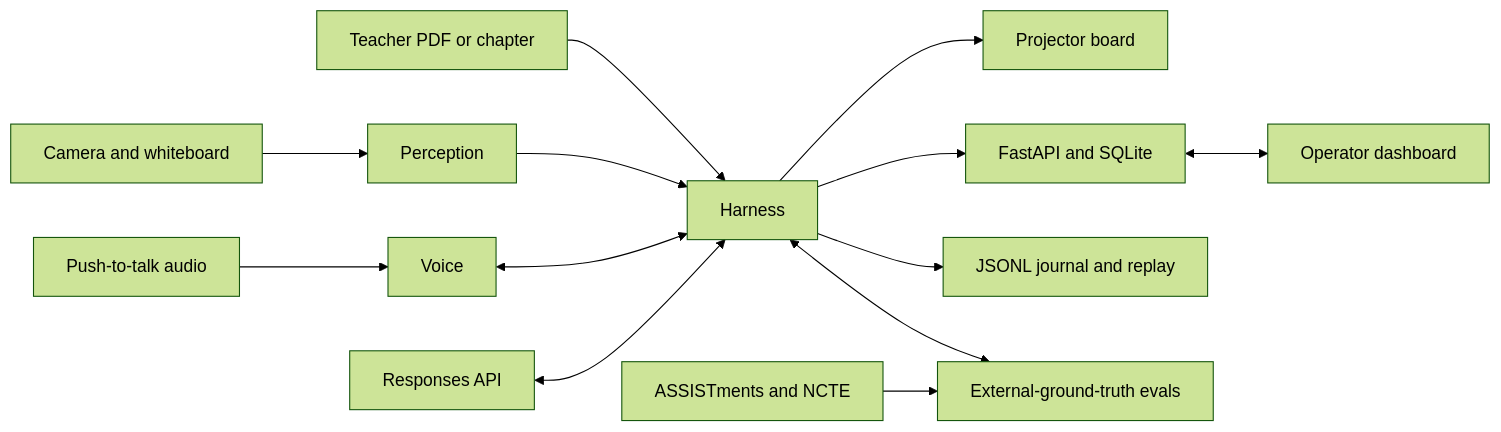
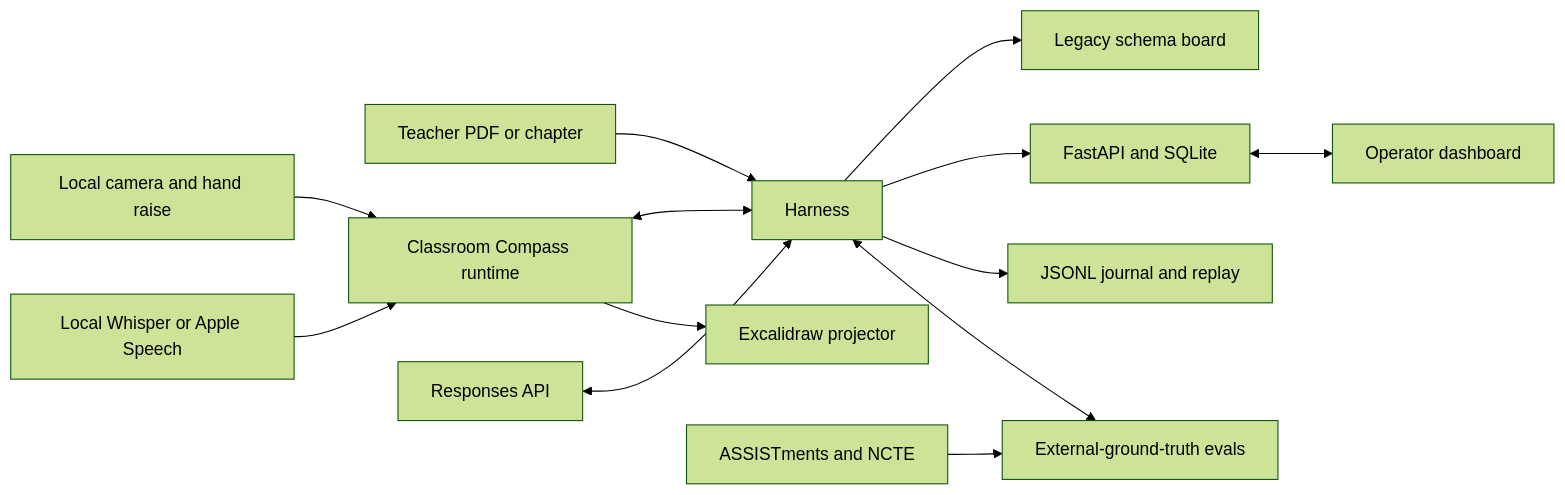
The diagram in README.md (ethan-ignatius/openaibuildweek), drawn with Mermaid (forest theme) before and after one commit. The commit also changed other lines of this file and 14 other files, not shown here.

Commit message:
feat: connect Teacher Brain to Classroom Compass

````diff
--- a/README.md
+++ b/README.md
@@ -35,15 +35,15 @@
 ```mermaid
 flowchart LR
     Sources[Teacher PDF or chapter] --> Harness
-    Camera[Camera and whiteboard] --> Perception
-    Mic[Push-to-talk audio] --> Voice
-    Perception --> Harness
-    Voice <--> Harness
+    Camera[Local camera and hand raise] --> Compass[Classroom Compass runtime]
+    Mic[Local Whisper or Apple Speech] --> Compass
+    Compass <--> Harness
+    Compass --> Excalidraw[Excalidraw projector]
     Model[Responses API] <--> Harness
-    Harness --> Board[Projector board]
+    Harness --> Board[Legacy schema board]
     Harness --> Server[FastAPI and SQLite]
     Server <--> Dashboard[Operator dashboard]
     Harness --> Journal[JSONL journal and replay]
     External[ASSISTments and NCTE] --> Evals[External-ground-truth evals]
     Harness <--> Evals
 ```
````
